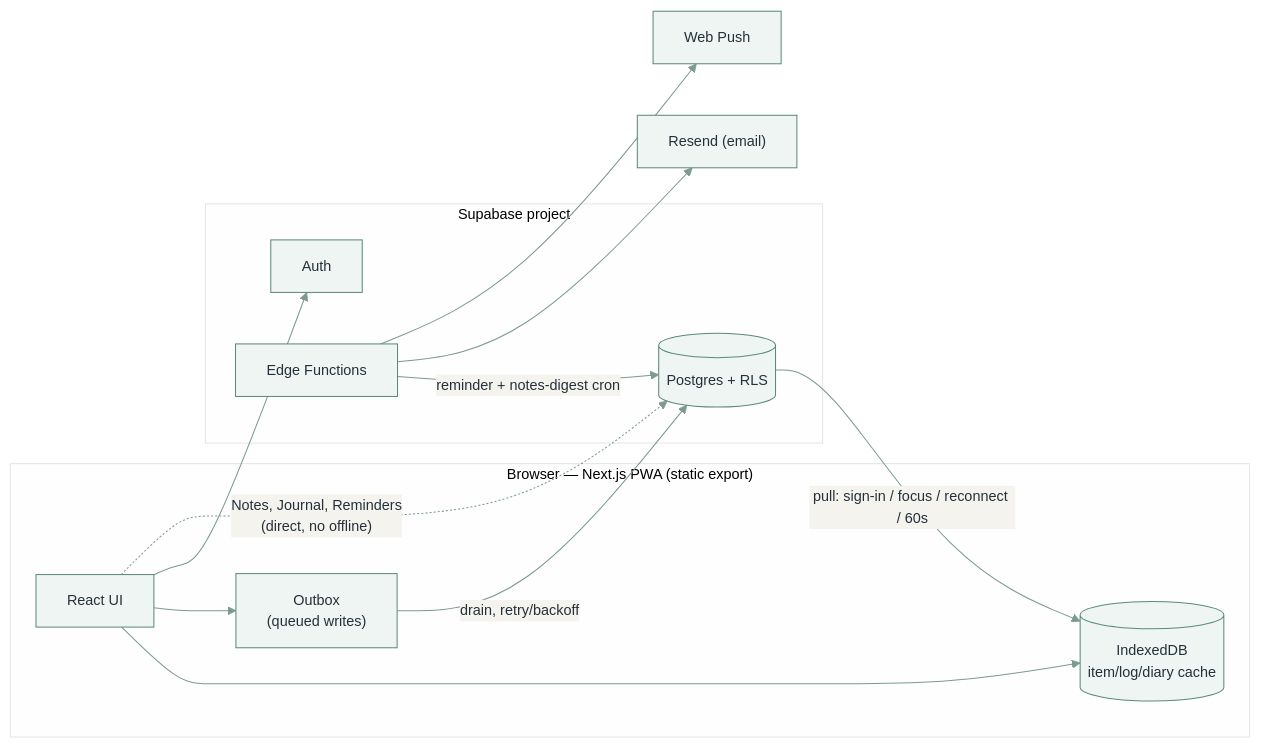
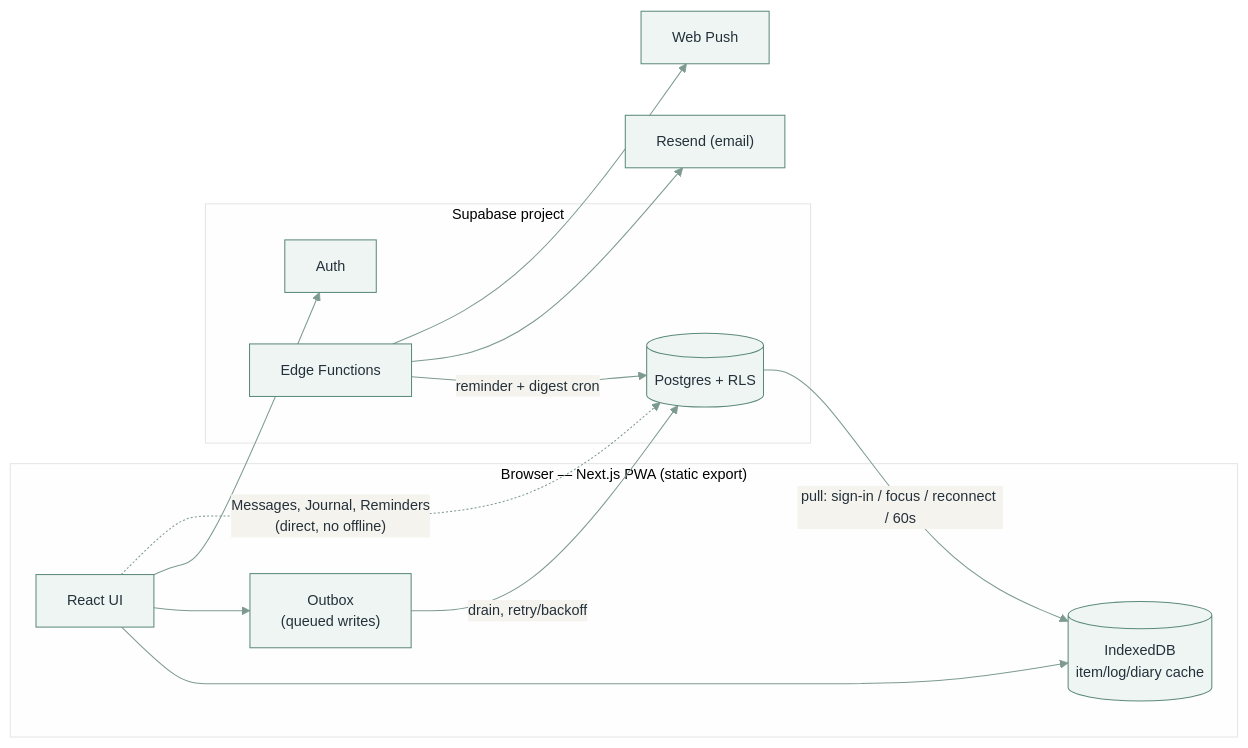
Before and after one commit to xxvazquez/health-management: the diagram in README.md, drawn with Mermaid. The commit also changed other lines of this file and 8 other files, not shown here.

````diff
--- a/README.md
+++ b/README.md
@@ -70,27 +102,27 @@
 ```mermaid
 %%{init: {"theme": "base", "themeVariables": {
   "primaryColor": "#eef5f3", "primaryBorderColor": "#5c8a7a",
   "primaryTextColor": "#24313a", "lineColor": "#7d9a90",
   "fontFamily": "Inter, -apple-system, sans-serif", "fontSize": "14px"
 }}}%%
 flowchart LR
     subgraph browser["Browser — Next.js PWA (static export)"]
         ui["React UI"]
         idb[("IndexedDB<br/>item/log/diary cache")]
         outbox["Outbox<br/>(queued writes)"]
         ui --> idb
         ui --> outbox
     end
     subgraph supa["Supabase project"]
         pg[("Postgres + RLS")]
         auth["Auth"]
         ef["Edge Functions"]
     end
     outbox -->|"drain, retry/backoff"| pg
     pg -->|"pull: sign-in / focus / reconnect / 60s"| idb
     ui --> auth
-    ui -.->|"Notes, Journal, Reminders<br/>(direct, no offline)"| pg
-    ef -->|"reminder + notes-digest cron"| pg
+    ui -.->|"Messages, Journal, Reminders<br/>(direct, no offline)"| pg
+    ef -->|"reminder + digest cron"| pg
     ef --> resend["Resend (email)"]
     ef --> push["Web Push"]
 ```
````
